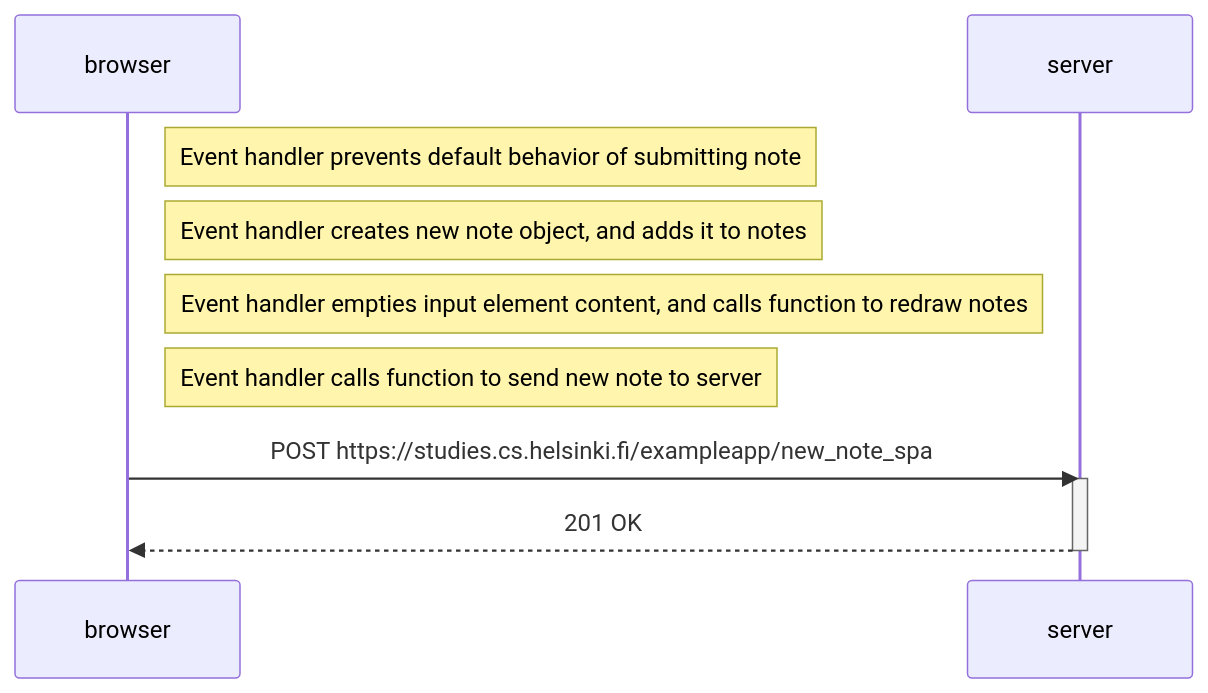
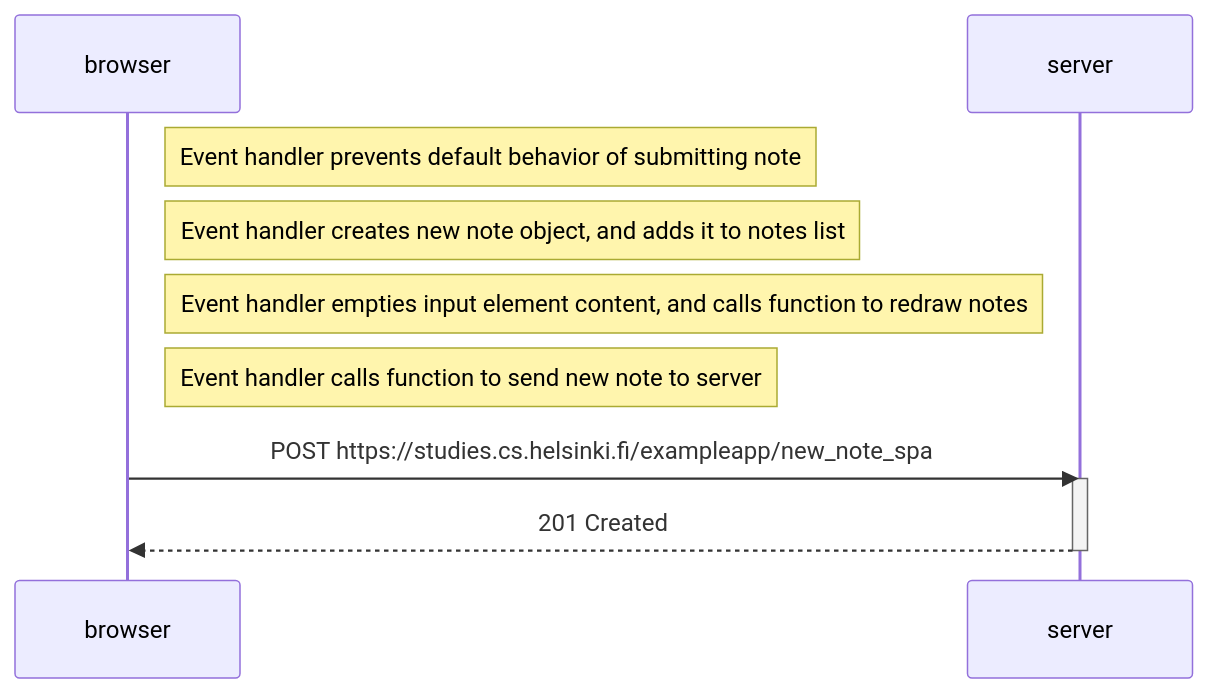
The diagram in osa_0/new_note_single_page_app.md (jukaveka/fullstack-palautukset), drawn with Mermaid before and after one commit.

````diff
--- a/osa_0/new_note_single_page_app.md
+++ b/osa_0/new_note_single_page_app.md
@@ -1,18 +1,18 @@
 ```mermaid 
 sequenceDiagram
     participant browser
     participant server
 
     Note right of browser: Event handler prevents default behavior of submitting note
 
-    Note right of browser: Event handler creates new note object, and adds it to notes
+    Note right of browser: Event handler creates new note object, and adds it to notes list
 
     Note right of browser: Event handler empties input element content, and calls function to redraw notes
 
     Note right of browser: Event handler calls function to send new note to server
 
     browser->>server: POST https://studies.cs.helsinki.fi/exampleapp/new_note_spa
     activate server
-    server-->>browser: 201 OK
+    server-->>browser: 201 Created
     deactivate server
 ```
````
